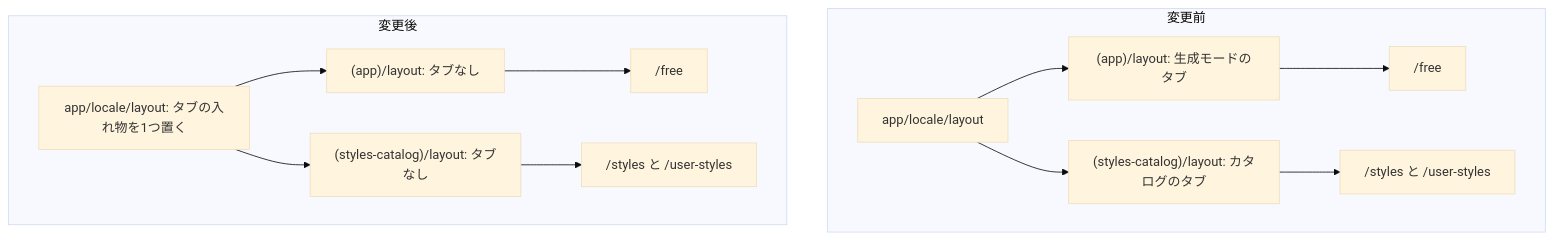
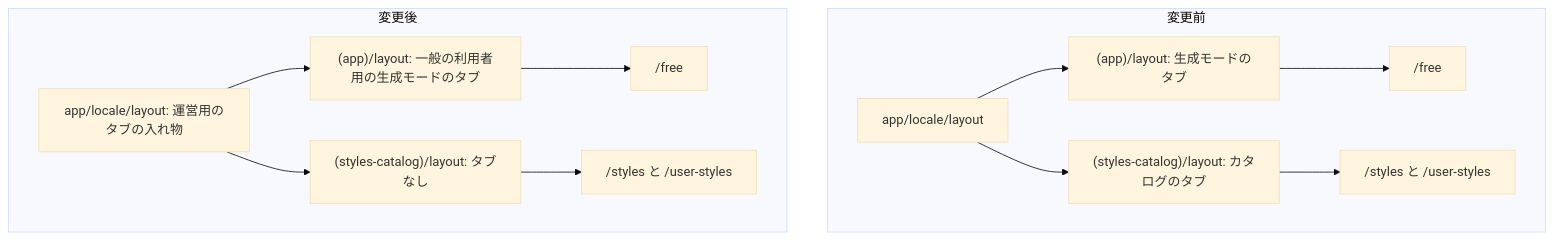
Before and after one commit to 3balljugglerYu/ai_coordinate: the second of 3 diagrams in docs/planning/catalog-three-tabs-implementation-plan.md, drawn with Mermaid (base theme). The commit also changed other lines of this file, not shown here.

````diff
--- a/docs/planning/catalog-three-tabs-implementation-plan.md
+++ b/docs/planning/catalog-three-tabs-implementation-plan.md
@@ -126,15 +126,15 @@
 ```mermaid
 flowchart TB
     subgraph Before["変更前"]
         L1["app/locale/layout"] --> A1["(app)/layout: 生成モードのタブ"]
         L1 --> C1["(styles-catalog)/layout: カタログのタブ"]
         A1 --> F1["/free"]
         C1 --> S1["/styles と /user-styles"]
     end
     subgraph After["変更後"]
-        L2["app/locale/layout: タブの入れ物を1つ置く"] --> A2["(app)/layout: タブなし"]
+        L2["app/locale/layout: 運営用のタブの入れ物"] --> A2["(app)/layout: 一般の利用者用の生成モードのタブ"]
         L2 --> C2["(styles-catalog)/layout: タブなし"]
         A2 --> F2["/free"]
         C2 --> S2["/styles と /user-styles"]
     end
 ```
````
